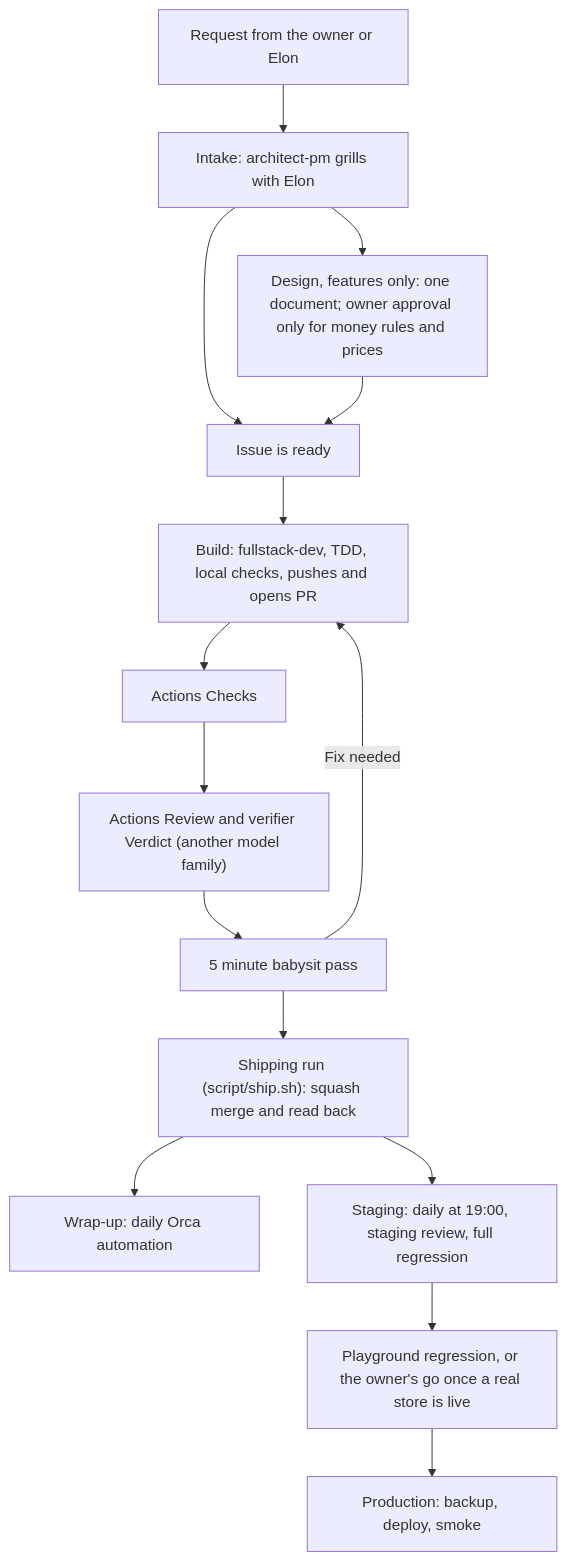
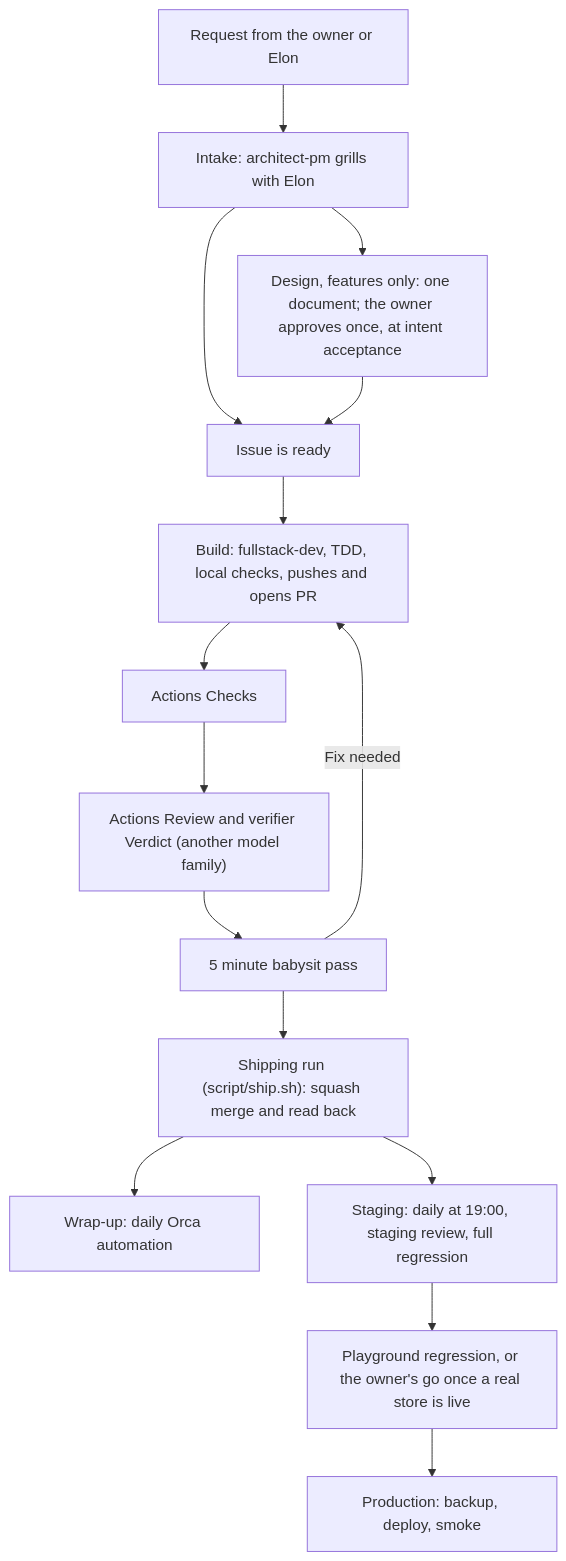
Before and after one commit to mingster/dotfiles: the diagram in docs/agents/team-reference.md, drawn with Mermaid. The commit also changed other lines of this file and 5 other files, not shown here.

First line of the commit message:
docs: match #1970 fleet bundle and #1982 approval once at intent

````diff
--- a/docs/agents/team-reference.md
+++ b/docs/agents/team-reference.md
@@ -42,15 +42,15 @@
 ```mermaid
 flowchart TD
     Req["Request from the owner or Elon"] --> Intake["Intake: architect-pm grills with Elon"]
-    Intake --> Design["Design, features only: one document; owner approval only for money rules and prices"]
+    Intake --> Design["Design, features only: one document; the owner approves once, at intent acceptance"]
     Intake & Design --> Ready["Issue is ready"]
     Ready --> Build["Build: fullstack-dev, TDD, local checks, pushes and opens PR"]
     Build --> Checks["Actions Checks"]
     Checks --> Review["Actions Review and verifier Verdict (another model family)"]
     Review --> Babysit["5 minute babysit pass"]
     Babysit -->|"Fix needed"| Build
     Babysit --> Ship["Shipping run (script/ship.sh): squash merge and read back"]
     Ship --> Wrap["Wrap-up: daily Orca automation"]
     Ship --> Staging["Staging: daily at 19:00, staging review, full regression"]
     Staging --> Go["Playground regression, or the owner's go once a real store is live"] --> Prod["Production: backup, deploy, smoke"]
 ```
````
